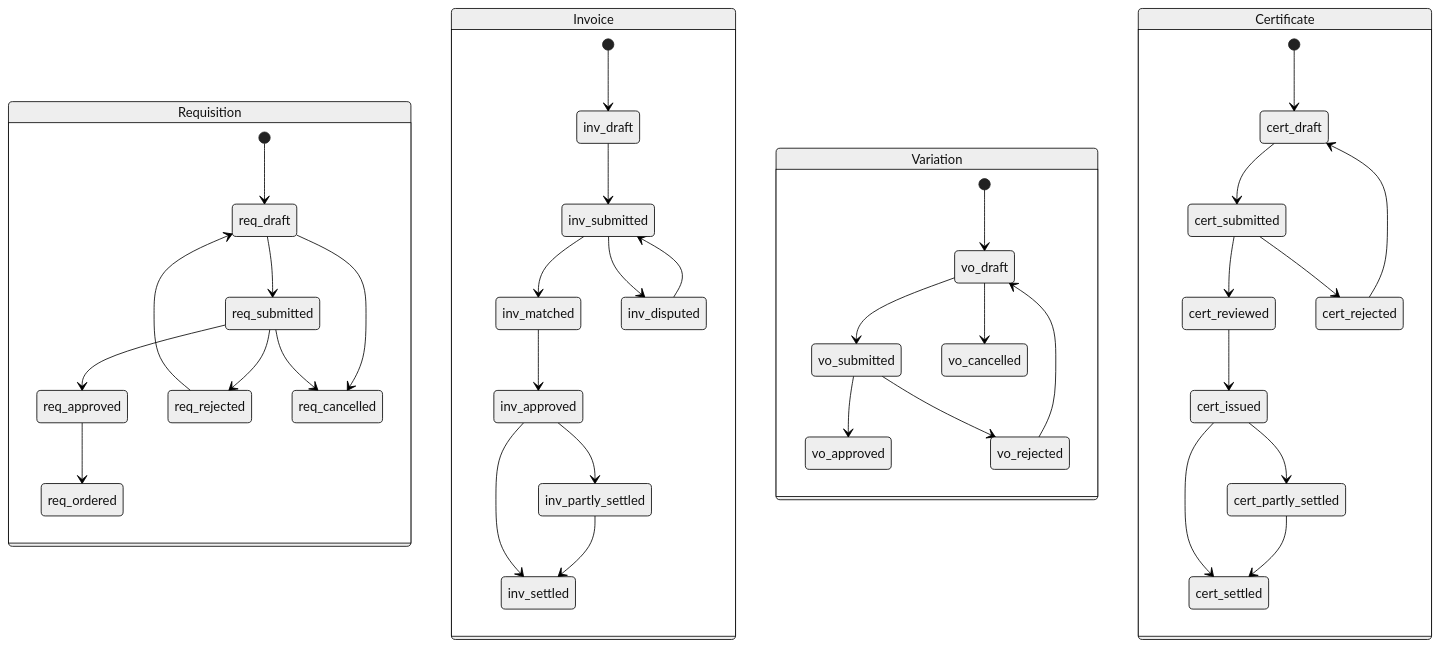
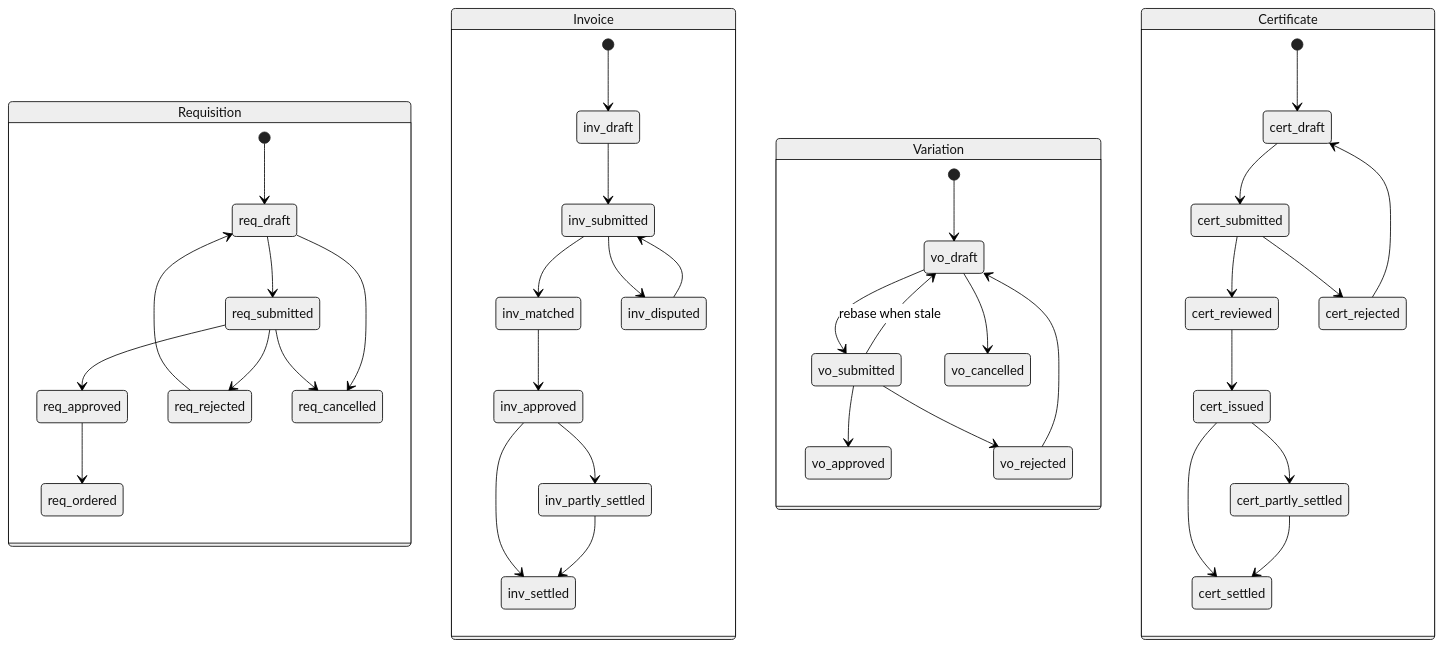
The third of 3 diagrams in docs/WORKFLOWS.md (rosanne-odiero/construction), drawn with Mermaid (neutral theme) before and after one commit. The commit also changed other lines of this file and 86 other files, not shown here.

````diff
--- a/docs/WORKFLOWS.md
+++ b/docs/WORKFLOWS.md
@@ -79,43 +79,44 @@
 ```mermaid
 stateDiagram-v2
   state Requisition {
     [*] --> req_draft
     req_draft --> req_submitted
     req_submitted --> req_approved
     req_submitted --> req_rejected
     req_rejected --> req_draft
     req_approved --> req_ordered
     req_draft --> req_cancelled
     req_submitted --> req_cancelled
   }
   state Invoice {
     [*] --> inv_draft
     inv_draft --> inv_submitted
     inv_submitted --> inv_matched
     inv_submitted --> inv_disputed
     inv_disputed --> inv_submitted
     inv_matched --> inv_approved
     inv_approved --> inv_partly_settled
     inv_approved --> inv_settled
     inv_partly_settled --> inv_settled
   }
   state Variation {
     [*] --> vo_draft
     vo_draft --> vo_submitted
     vo_submitted --> vo_approved
     vo_submitted --> vo_rejected
     vo_rejected --> vo_draft
     vo_draft --> vo_cancelled
+    vo_submitted --> vo_draft : rebase when stale
   }
   state Certificate {
     [*] --> cert_draft
     cert_draft --> cert_submitted
     cert_submitted --> cert_reviewed
     cert_submitted --> cert_rejected
     cert_rejected --> cert_draft
     cert_reviewed --> cert_issued
     cert_issued --> cert_partly_settled
     cert_issued --> cert_settled
     cert_partly_settled --> cert_settled
   }
 ```
````
